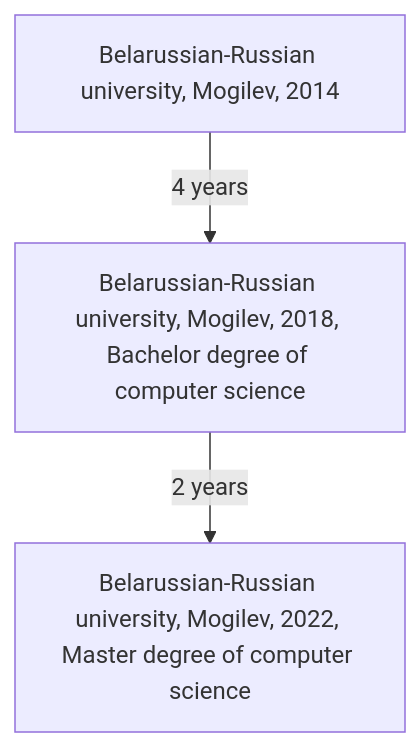
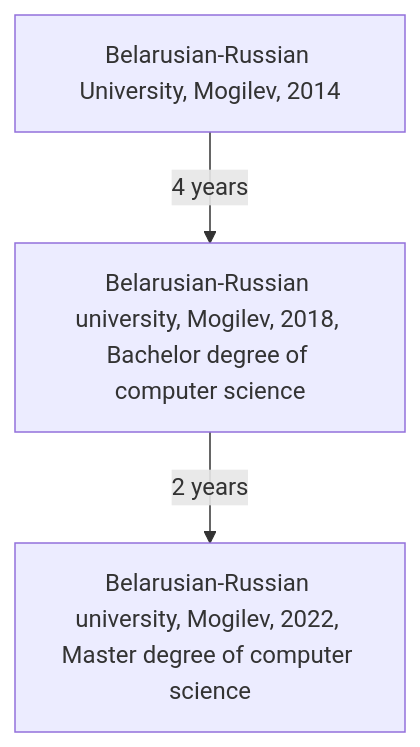
The second of 2 diagrams in README.md (vitalics/vitalics), drawn with Mermaid before and after one commit. The commit also changed other lines of this file and 4 other files, not shown here.

````diff
--- a/README.md
+++ b/README.md
@@ -30,5 +34,5 @@
 ```mermaid
 flowchart TB
-    A[Belarussian-Russian university, Mogilev, 2014] -->|4 years| B
-    B[Belarussian-Russian university, Mogilev, 2018, Bachelor degree of computer science] -->|2 years| C[Belarussian-Russian university, Mogilev, 2022, Master degree of computer science]
+    A[Belarusian-Russian University, Mogilev, 2014] -->|4 years| B
+    B[Belarusian-Russian university, Mogilev, 2018, Bachelor degree of computer science] -->|2 years| C[Belarusian-Russian university, Mogilev, 2022, Master degree of computer science]
 ```
````
